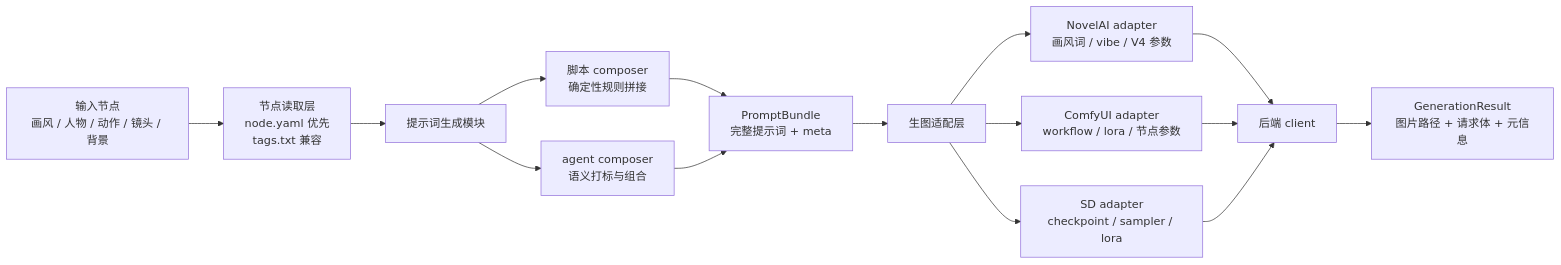
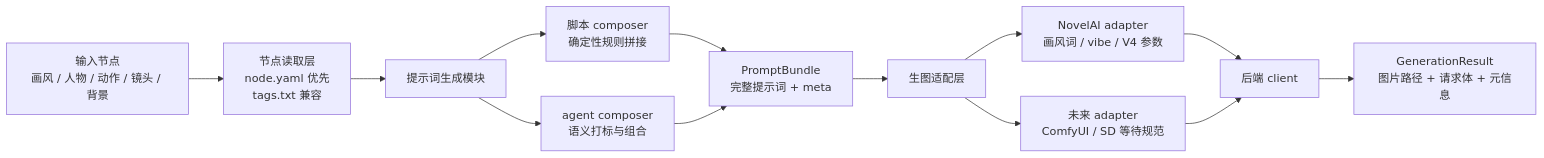
One commit to WeissGoat/PromptAtelier changed the diagram in docs/development_plan_v1.md. Above: the diagram before and after it, drawn with Mermaid. The commit also changed other lines of this file and 2 other files, not shown here.

````diff
--- a/docs/development_plan_v1.md
+++ b/docs/development_plan_v1.md
@@ -26,17 +26,15 @@
 ```mermaid
 flowchart LR
   A["输入节点<br/>画风 / 人物 / 动作 / 镜头 / 背景"] --> B["节点读取层<br/>node.yaml 优先<br/>tags.txt 兼容"]
   B --> C["提示词生成模块"]
   C --> C1["脚本 composer<br/>确定性规则拼接"]
   C --> C2["agent composer<br/>语义打标与组合"]
   C1 --> D["PromptBundle<br/>完整提示词 + meta"]
   C2 --> D
   D --> E["生图适配层"]
   E --> E1["NovelAI adapter<br/>画风词 / vibe / V4 参数"]
-  E --> E2["ComfyUI adapter<br/>workflow / lora / 节点参数"]
-  E --> E3["SD adapter<br/>checkpoint / sampler / lora"]
+  E --> E2["未来 adapter<br/>ComfyUI / SD 等待规范"]
   E1 --> F["后端 client"]
   E2 --> F
-  E3 --> F
   F --> G["GenerationResult<br/>图片路径 + 请求体 + 元信息"]
 ```
````
